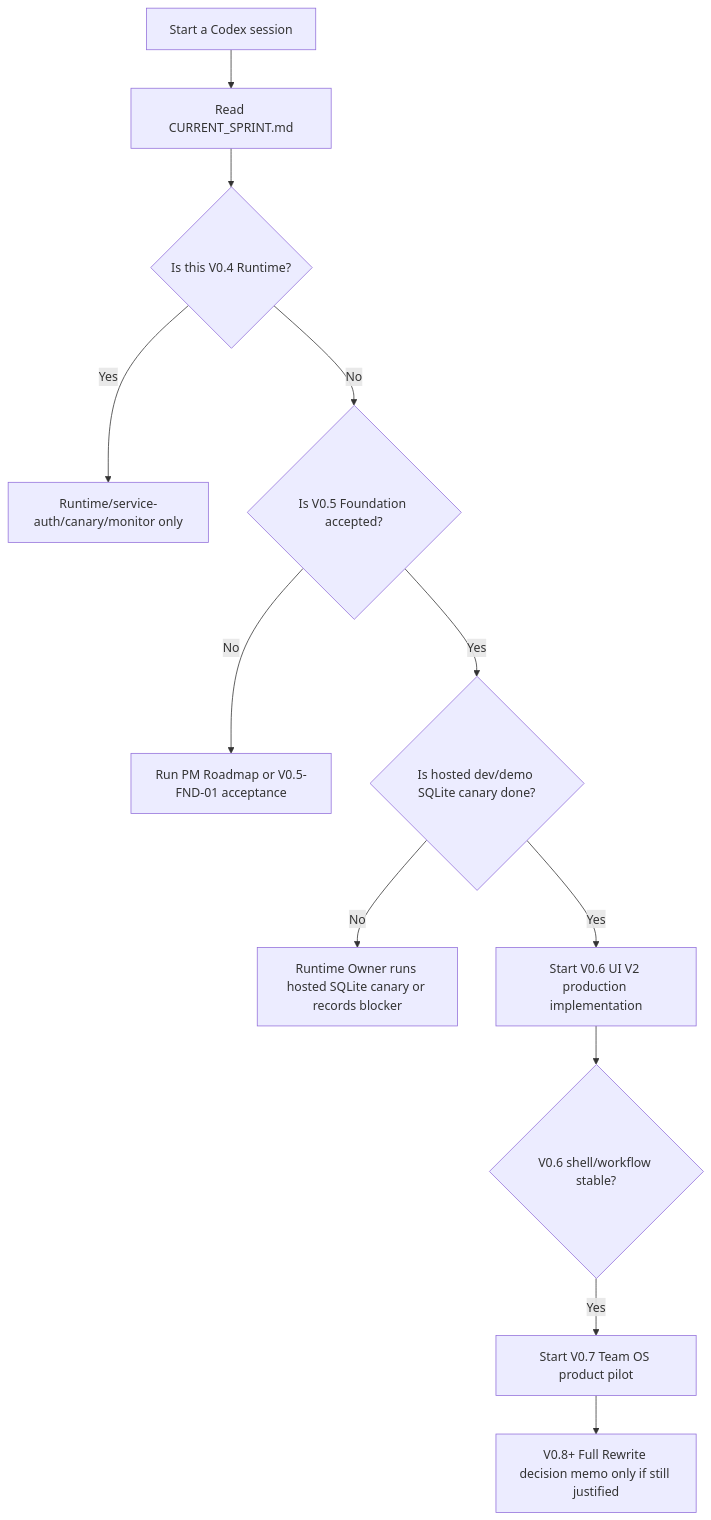
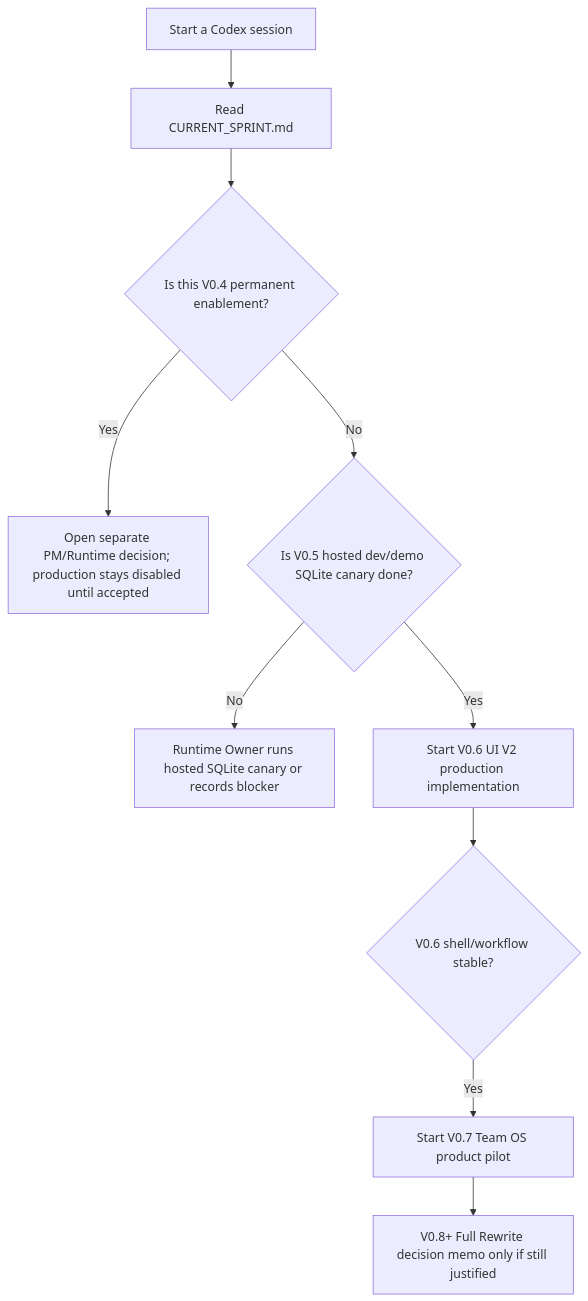
Before and after one commit to Savezn/Trisilar-Task-Hub: the diagram in docs/plans/CODEX_PARALLEL_PROJECT_HANDOFF.md, drawn with Mermaid. The commit also changed other lines of this file and 8 other files, not shown here.

````diff
--- a/docs/plans/CODEX_PARALLEL_PROJECT_HANDOFF.md
+++ b/docs/plans/CODEX_PARALLEL_PROJECT_HANDOFF.md
@@ -40,14 +40,12 @@
 ```mermaid
 flowchart TD
   A["Start a Codex session"] --> B["Read CURRENT_SPRINT.md"]
-  B --> C{"Is this V0.4 Runtime?"}
-  C -- "Yes" --> D["Runtime/service-auth/canary/monitor only"]
-  C -- "No" --> E{"Is V0.5 Foundation accepted?"}
-  E -- "No" --> F["Run PM Roadmap or V0.5-FND-01 acceptance"]
-  E -- "Yes" --> G{"Is hosted dev/demo SQLite canary done?"}
-  G -- "No" --> H["Runtime Owner runs hosted SQLite canary or records blocker"]
-  G -- "Yes" --> I["Start V0.6 UI V2 production implementation"]
+  B --> C{"Is this V0.4 permanent enablement?"}
+  C -- "Yes" --> D["Open separate PM/Runtime decision; production stays disabled until accepted"]
+  C -- "No" --> E{"Is V0.5 hosted dev/demo SQLite canary done?"}
+  E -- "No" --> G["Runtime Owner runs hosted SQLite canary or records blocker"]
+  E -- "Yes" --> I["Start V0.6 UI V2 production implementation"]
   I --> J{"V0.6 shell/workflow stable?"}
   J -- "Yes" --> K["Start V0.7 Team OS product pilot"]
   K --> L["V0.8+ Full Rewrite decision memo only if still justified"]
 ```
````
